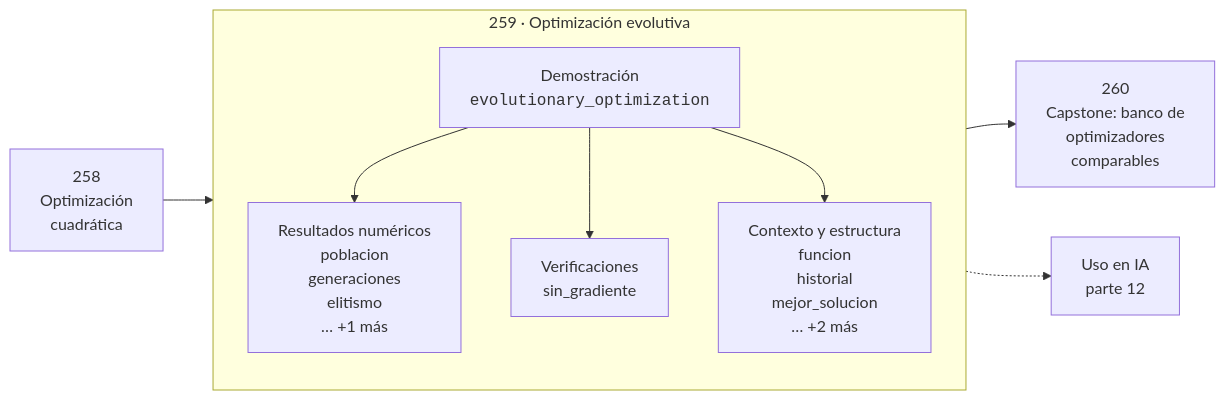
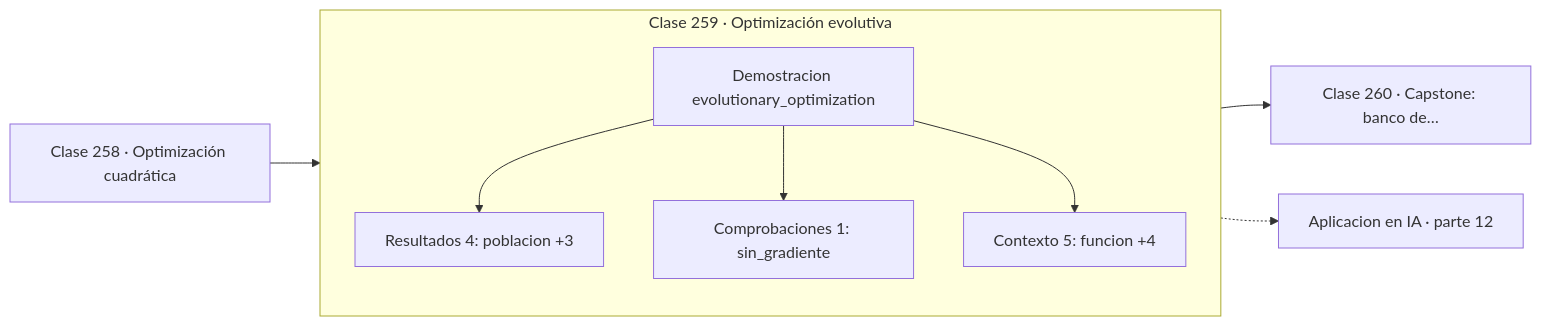
Before and after one commit to vladimiracunadev-create/computational-mathematics-program: the diagram in classes/part-12-optimizacion-matematica-y-computacional/259-optimizacion-evolutiva/README.md, drawn with Mermaid. The commit also changed 389 other files, not shown here.

First line of the commit message:
fix(diagramas): elimina el HTML de las etiquetas Mermaid

````diff
--- a/classes/part-12-optimizacion-matematica-y-computacional/259-optimizacion-evolutiva/README.md
+++ b/classes/part-12-optimizacion-matematica-y-computacional/259-optimizacion-evolutiva/README.md
@@ -30,12 +30,13 @@
 ```mermaid
 flowchart LR
-    P["258<br/>Optimización<br/>cuadrática"] --> C
-    subgraph C["259 · Optimización evolutiva"]
+    P["Clase 258 · Optimización cuadrática"] --> D
+    subgraph CLASE["Clase 259 · Optimización evolutiva"]
         direction TB
-        D["Demostración<br/><code>evolutionary_optimization</code>"] --> R["Resultados numéricos<br/>poblacion<br/>generaciones<br/>elitismo<br/>… +1 más"]
-        D --> V["Verificaciones<br/>sin_gradiente"]
-        D --> O["Contexto y estructura<br/>funcion<br/>historial<br/>mejor_solucion<br/>… +2 más"]
+        D["Demostracion evolutionary_optimization"]
+        D --> R["Resultados 4: poblacion +3"]
+        D --> V["Comprobaciones 1: sin_gradiente"]
+        D --> O["Contexto 5: funcion +4"]
     end
-    C --> N["260<br/>Capstone: banco de<br/>optimizadores<br/>comparables"]
-    C -.-> IA["Uso en IA<br/>parte 12"]
+    R --> N["Clase 260 · Capstone: banco de…"]
+    V -.-> IA["Aplicacion en IA · parte 12"]
 ```
````
